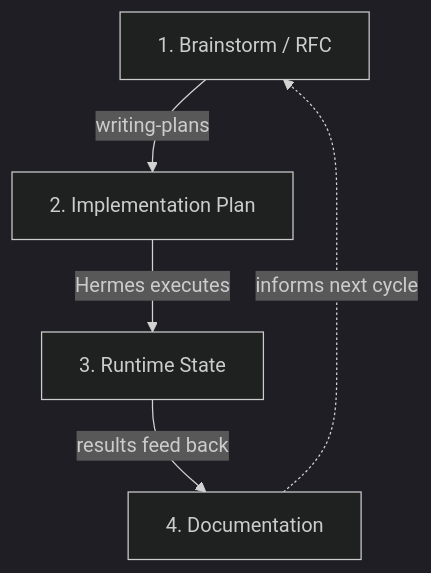
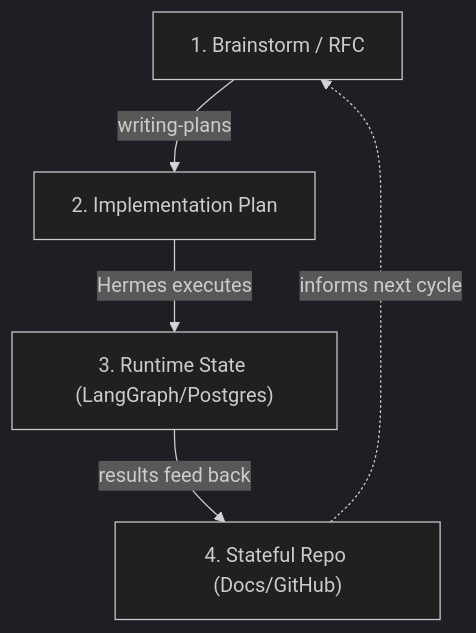
One commit to thangvq95/thangvq-digital-hub changed the second of 2 diagrams in docs/PRD.md. Above: the diagram before and after it, drawn with Mermaid (dark theme). The commit also changed other lines of this file and 1 other file, not shown here.

First line of the commit message:
docs: align architecture with Phase 2 Hybrid Autonomous Development

````diff
--- a/docs/PRD.md
+++ b/docs/PRD.md
@@ -155,7 +168,7 @@
 ```mermaid
 graph TB
     L1["1. Brainstorm / RFC"] -->|writing-plans| L2["2. Implementation Plan"]
-    L2 -->|Hermes executes| L3["3. Runtime State"]
-    L3 -->|results feed back| L4["4. Documentation"]
+    L2 -->|Hermes executes| L3["3. Runtime State (LangGraph/Postgres)"]
+    L3 -->|results feed back| L4["4. Stateful Repo (Docs/GitHub)"]
     L4 -.->|informs next cycle| L1
 ```
````
